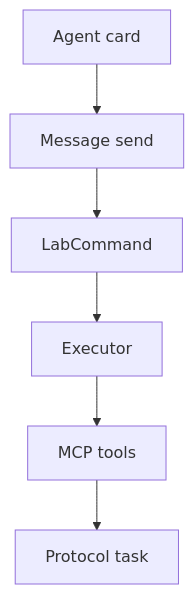
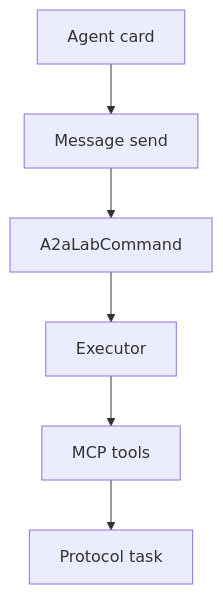
Before and after one commit to A3Analytics/a2a-lab-dev-kit-rs: the diagram in backlog/docs/reference/a2a/doc-4 - A2A.md, drawn with Mermaid. The commit also changed other lines of this file and 25 other files, not shown here.

````diff
--- a/backlog/docs/reference/a2a/doc-4 - A2A.md
+++ b/backlog/docs/reference/a2a/doc-4 - A2A.md
@@ -29,10 +29,10 @@
 ```mermaid
 flowchart TD
   accTitle: A2A lab command path
-  accDescr: The agent card leads to message send. Message send carries a LabCommand to the executor. The executor calls MCP tools. MCP tools return a protocol task.
+  accDescr: The agent card leads to message send. Message send carries an A2aLabCommand to the executor. The executor calls MCP tools. MCP tools return a protocol task.
   card["Agent card"] --> send["Message send"]
-  send --> command["LabCommand"]
+  send --> command["A2aLabCommand"]
   command --> executor["Executor"]
   executor --> tools["MCP tools"]
   tools --> task["Protocol task"]
 ```
````
